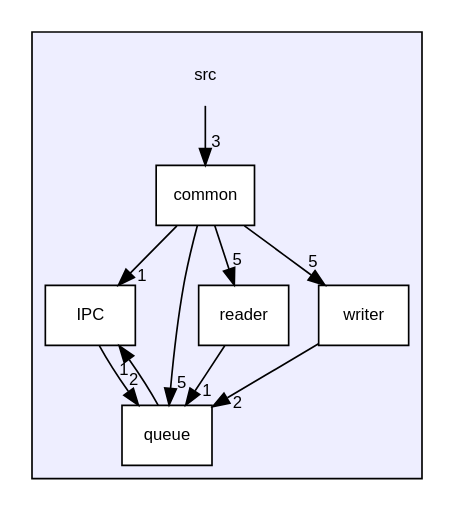
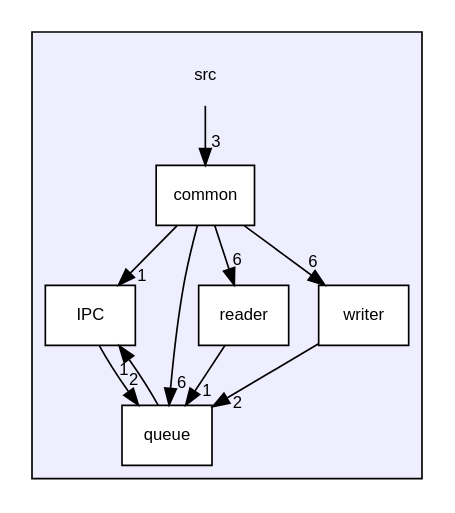
The diagram in dir_68267d1309a1af8e8297ef4c3efbcdba_dep.dot (akukhta/ki), drawn with Graphviz before and after one commit. The commit also changed 115 other files, not shown here.

```diff
--- a/dir_68267d1309a1af8e8297ef4c3efbcdba_dep.dot
+++ b/dir_68267d1309a1af8e8297ef4c3efbcdba_dep.dot
@@ -1,23 +1,23 @@
 digraph "/home/runner/work/ki/ki/src" {
   compound=true
   node [ fontsize="10", fontname="Helvetica"];
   edge [ labelfontsize="10", labelfontname="Helvetica"];
   subgraph clusterdir_68267d1309a1af8e8297ef4c3efbcdba {
     graph [ bgcolor="#eeeeff", pencolor="black", label="" URL="dir_68267d1309a1af8e8297ef4c3efbcdba.html"];
     dir_68267d1309a1af8e8297ef4c3efbcdba [shape=plaintext label="src"];
   dir_fdedb0aba14d44ce9d99bc100e026e6a [shape=box label="common" fillcolor="white" style="filled" URL="dir_fdedb0aba14d44ce9d99bc100e026e6a.html"];
   dir_e610e3c8d6dfa68ab78990210e12254f [shape=box label="IPC" fillcolor="white" style="filled" URL="dir_e610e3c8d6dfa68ab78990210e12254f.html"];
   dir_b932d720ae4455b3a35ba932c1ee98d1 [shape=box label="queue" fillcolor="white" style="filled" URL="dir_b932d720ae4455b3a35ba932c1ee98d1.html"];
   dir_af89b2be539cdaaafaad341d1e56977e [shape=box label="reader" fillcolor="white" style="filled" URL="dir_af89b2be539cdaaafaad341d1e56977e.html"];
   dir_d23ba569ffb931581bcd85a3af3f3bc5 [shape=box label="writer" fillcolor="white" style="filled" URL="dir_d23ba569ffb931581bcd85a3af3f3bc5.html"];
   }
   dir_d23ba569ffb931581bcd85a3af3f3bc5->dir_b932d720ae4455b3a35ba932c1ee98d1 [headlabel="2", labeldistance=1.5 headhref="dir_000005_000003.html"];
   dir_68267d1309a1af8e8297ef4c3efbcdba->dir_fdedb0aba14d44ce9d99bc100e026e6a [headlabel="3", labeldistance=1.5 headhref="dir_000000_000001.html"];
   dir_af89b2be539cdaaafaad341d1e56977e->dir_b932d720ae4455b3a35ba932c1ee98d1 [headlabel="1", labeldistance=1.5 headhref="dir_000004_000003.html"];
   dir_b932d720ae4455b3a35ba932c1ee98d1->dir_e610e3c8d6dfa68ab78990210e12254f [headlabel="1", labeldistance=1.5 headhref="dir_000003_000002.html"];
   dir_e610e3c8d6dfa68ab78990210e12254f->dir_b932d720ae4455b3a35ba932c1ee98d1 [headlabel="2", labeldistance=1.5 headhref="dir_000002_000003.html"];
-  dir_fdedb0aba14d44ce9d99bc100e026e6a->dir_af89b2be539cdaaafaad341d1e56977e [headlabel="5", labeldistance=1.5 headhref="dir_000001_000004.html"];
-  dir_fdedb0aba14d44ce9d99bc100e026e6a->dir_b932d720ae4455b3a35ba932c1ee98d1 [headlabel="5", labeldistance=1.5 headhref="dir_000001_000003.html"];
-  dir_fdedb0aba14d44ce9d99bc100e026e6a->dir_d23ba569ffb931581bcd85a3af3f3bc5 [headlabel="5", labeldistance=1.5 headhref="dir_000001_000005.html"];
+  dir_fdedb0aba14d44ce9d99bc100e026e6a->dir_af89b2be539cdaaafaad341d1e56977e [headlabel="6", labeldistance=1.5 headhref="dir_000001_000004.html"];
+  dir_fdedb0aba14d44ce9d99bc100e026e6a->dir_b932d720ae4455b3a35ba932c1ee98d1 [headlabel="6", labeldistance=1.5 headhref="dir_000001_000003.html"];
+  dir_fdedb0aba14d44ce9d99bc100e026e6a->dir_d23ba569ffb931581bcd85a3af3f3bc5 [headlabel="6", labeldistance=1.5 headhref="dir_000001_000005.html"];
   dir_fdedb0aba14d44ce9d99bc100e026e6a->dir_e610e3c8d6dfa68ab78990210e12254f [headlabel="1", labeldistance=1.5 headhref="dir_000001_000002.html"];
 }
```
